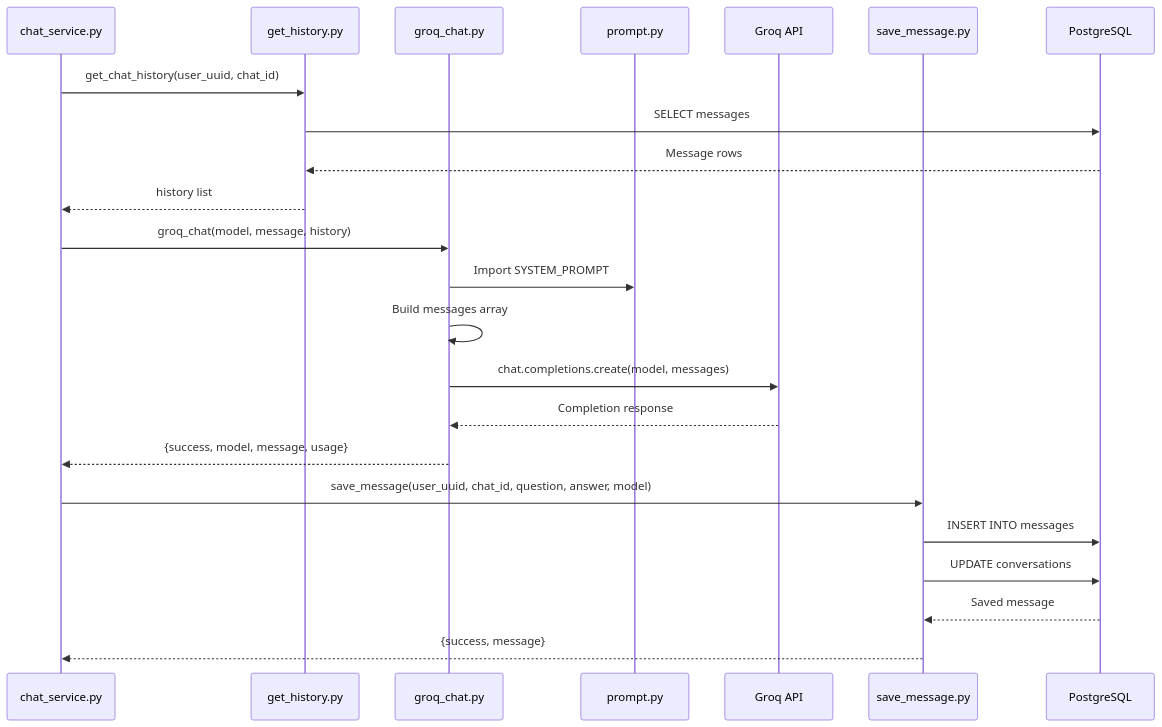
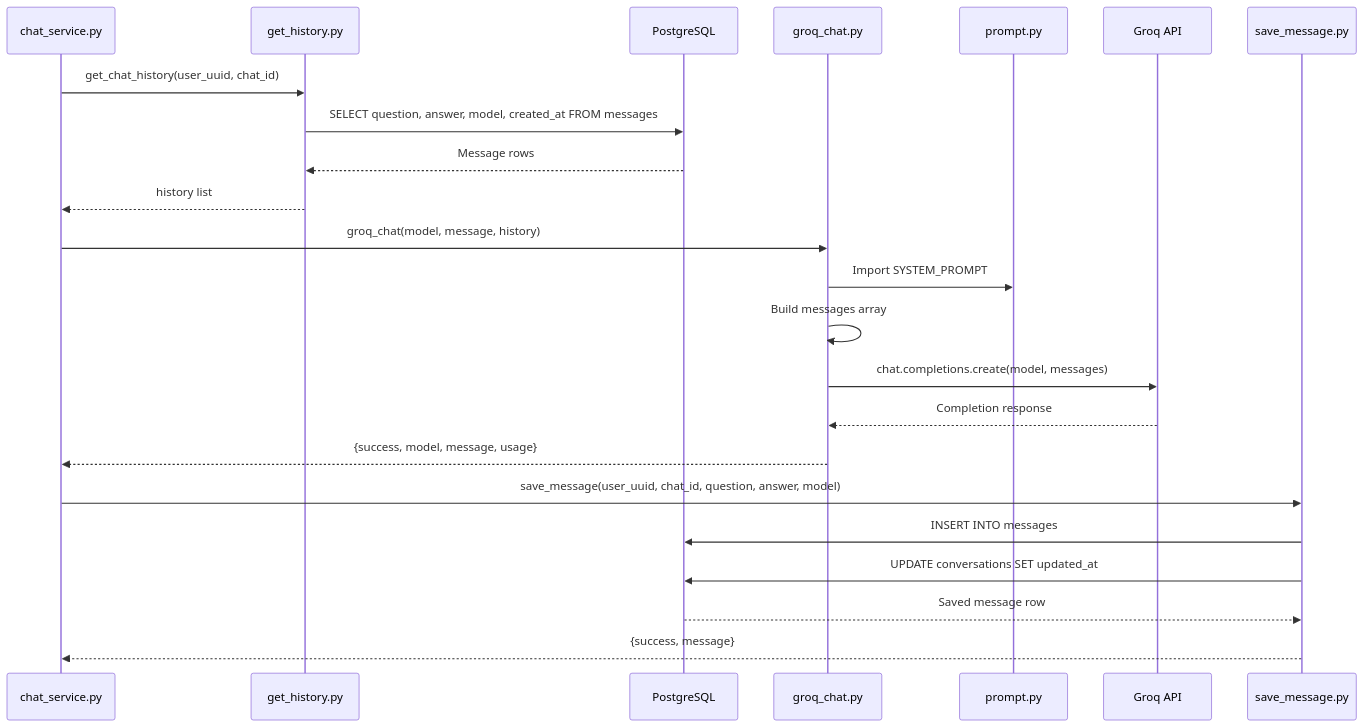
Before and after one commit to MONARCH1108/monarch-AI-Bot: the third of 4 diagrams in Documents/PROJECT_FLOWS.md, drawn with Mermaid. The commit also changed other lines of this file and 2 other files, not shown here.

````diff
--- a/Documents/PROJECT_FLOWS.md
+++ b/Documents/PROJECT_FLOWS.md
@@ -444,28 +462,28 @@
 ```mermaid
 sequenceDiagram
     participant CS as chat_service.py
     participant GH as get_history.py
+    participant DB as PostgreSQL
     participant GC as groq_chat.py
     participant P as prompt.py
     participant Groq as Groq API
     participant SM as save_message.py
-    participant DB as PostgreSQL
 
     CS->>GH: get_chat_history(user_uuid, chat_id)
-    GH->>DB: SELECT messages
+    GH->>DB: SELECT question, answer, model, created_at FROM messages
     DB-->>GH: Message rows
     GH-->>CS: history list
 
     CS->>GC: groq_chat(model, message, history)
     GC->>P: Import SYSTEM_PROMPT
     GC->>GC: Build messages array
     GC->>Groq: chat.completions.create(model, messages)
     Groq-->>GC: Completion response
     GC-->>CS: {success, model, message, usage}
 
     CS->>SM: save_message(user_uuid, chat_id, question, answer, model)
     SM->>DB: INSERT INTO messages
-    SM->>DB: UPDATE conversations
-    DB-->>SM: Saved message
+    SM->>DB: UPDATE conversations SET updated_at
+    DB-->>SM: Saved message row
     SM-->>CS: {success, message}
 ```
````
